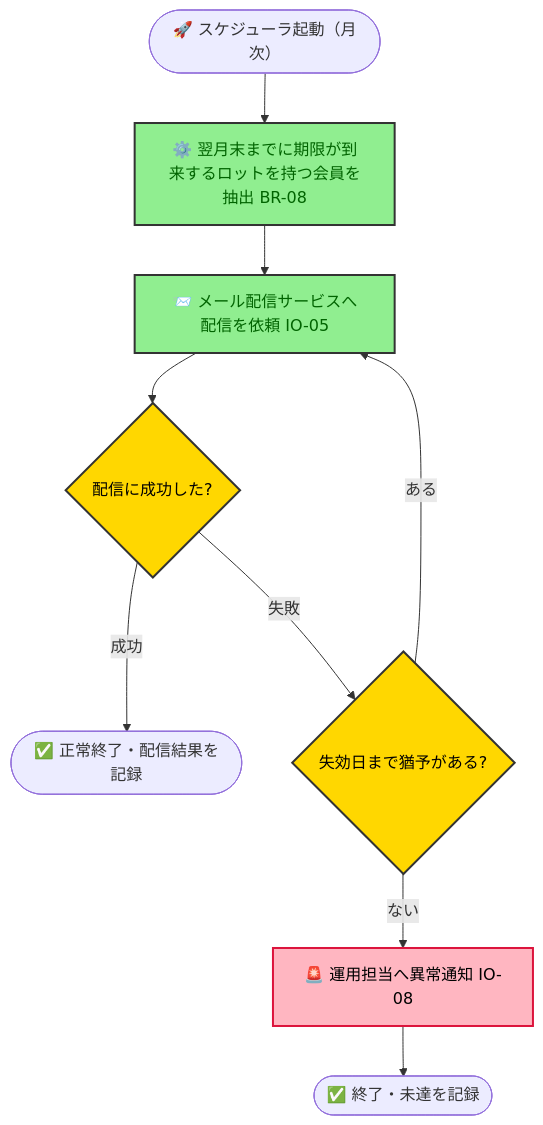
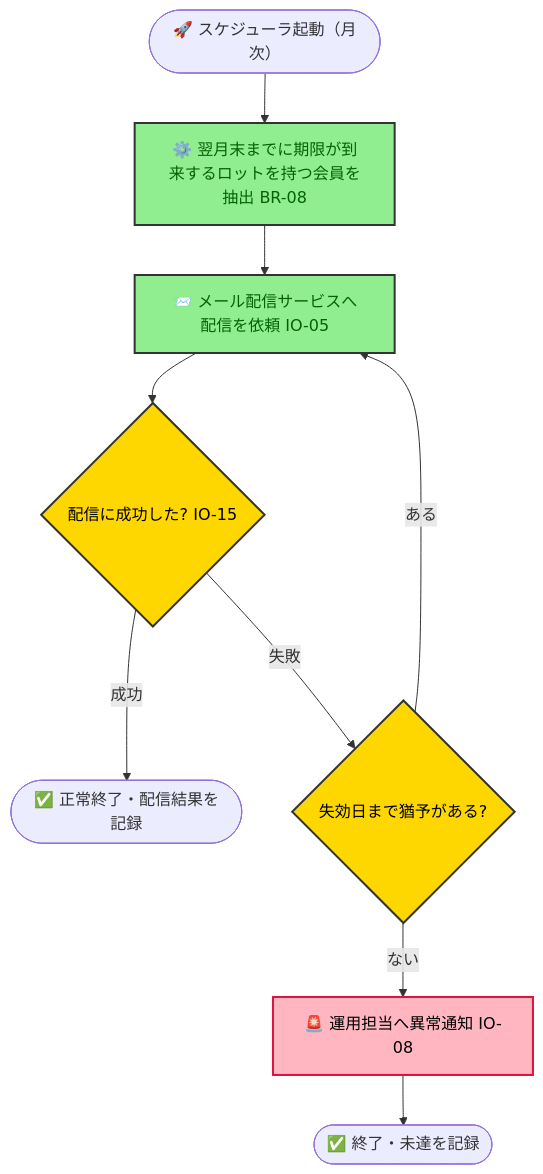
One commit to kasiopeiya/claude-dev-template changed the eighth of 9 diagrams in samples/docs/requirements.md. Above: the diagram before and after it, drawn with Mermaid. The commit also changed other lines of this file and 1 other file, not shown here.

````diff
--- a/samples/docs/requirements.md
+++ b/samples/docs/requirements.md
@@ -848,18 +986,18 @@
 ```mermaid
 flowchart TD
     start([🚀 スケジューラ起動（月次）]) --> load[⚙️ 翌月末までに期限が到来するロットを持つ会員を抽出 BR-08]
     load --> send[📨 メール配信サービスへ配信を依頼 IO-05]
-    send --> result{配信に成功した?}
+    send --> result{配信に成功した? IO-15}
     result -->|成功| done([✅ 正常終了・配信結果を記録])
     result -->|失敗| grace{失効日まで猶予がある?}
     grace -->|ある| send
     grace -->|ない| alert[🚨 運用担当へ異常通知 IO-08]
     alert --> done2([✅ 終了・未達を記録])
 
     classDef step fill:#90EE90,stroke:#333,stroke-width:2px,color:darkgreen
     classDef decision fill:#FFD700,stroke:#333,stroke-width:2px,color:black
     classDef error fill:#FFB6C1,stroke:#DC143C,stroke-width:2px,color:black
     class load,send step
     class result,grace decision
     class alert error
 ```
````
